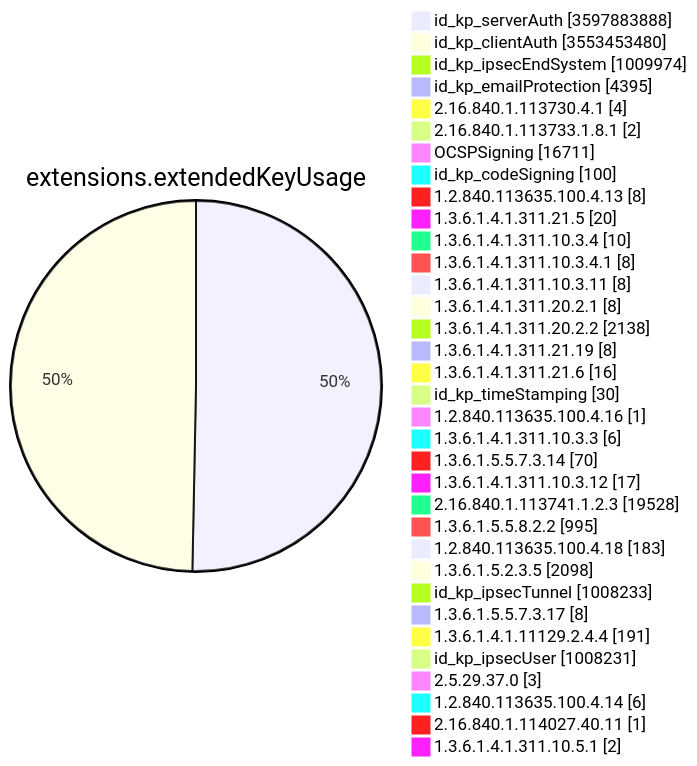
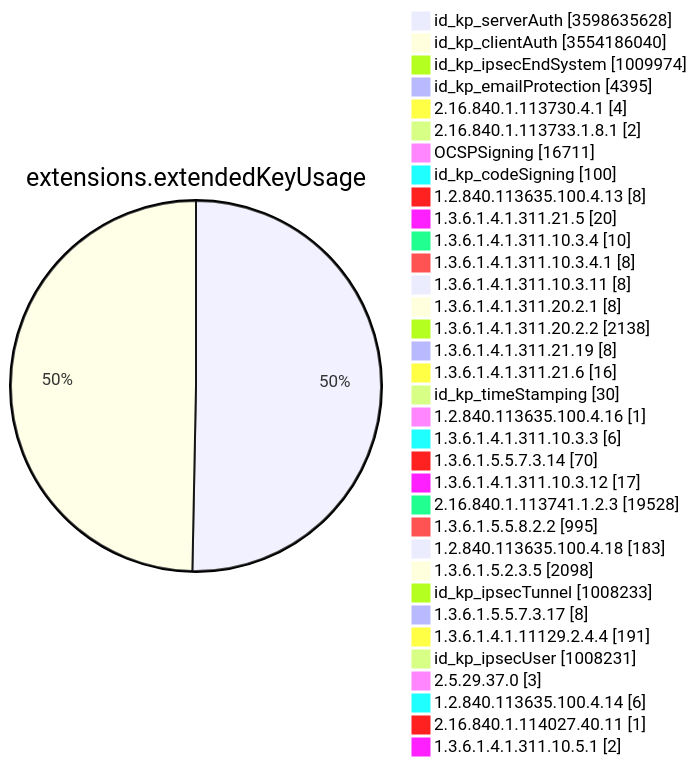
Before and after one commit to christiankrug/ctmonitor_visualization: diagram 11 of 15 in TOTAL/README.md, drawn with Mermaid. The commit also changed other lines of this file, not shown here.

````diff
--- a/TOTAL/README.md
+++ b/TOTAL/README.md
@@ -4129,38 +4129,38 @@
 ```mermaid
 pie showData
 title extensions.extendedKeyUsage
-"id_kp_serverAuth" :3597883888
-"id_kp_clientAuth" :3553453480
+"id_kp_serverAuth" :3598635628
+"id_kp_clientAuth" :3554186040
 "id_kp_ipsecEndSystem" :1009974
 "id_kp_emailProtection" :4395
 "2.16.840.1.113730.4.1" :4
 "2.16.840.1.113733.1.8.1" :2
 "OCSPSigning" :16711
 "id_kp_codeSigning" :100
 "1.2.840.113635.100.4.13" :8
 "1.3.6.1.4.1.311.21.5" :20
 "1.3.6.1.4.1.311.10.3.4" :10
 "1.3.6.1.4.1.311.10.3.4.1" :8
 "1.3.6.1.4.1.311.10.3.11" :8
 "1.3.6.1.4.1.311.20.2.1" :8
 "1.3.6.1.4.1.311.20.2.2" :2138
 "1.3.6.1.4.1.311.21.19" :8
 "1.3.6.1.4.1.311.21.6" :16
 "id_kp_timeStamping" :30
 "1.2.840.113635.100.4.16" :1
 "1.3.6.1.4.1.311.10.3.3" :6
 "1.3.6.1.5.5.7.3.14" :70
 "1.3.6.1.4.1.311.10.3.12" :17
 "2.16.840.1.113741.1.2.3" :19528
 "1.3.6.1.5.5.8.2.2" :995
 "1.2.840.113635.100.4.18" :183
 "1.3.6.1.5.2.3.5" :2098
 "id_kp_ipsecTunnel" :1008233
 "1.3.6.1.5.5.7.3.17" :8
 "1.3.6.1.4.1.11129.2.4.4" :191
 "id_kp_ipsecUser" :1008231
 "2.5.29.37.0" :3
 "1.2.840.113635.100.4.14" :6
 "2.16.840.1.114027.40.11" :1
 "1.3.6.1.4.1.311.10.5.1" :2
 ```
````
